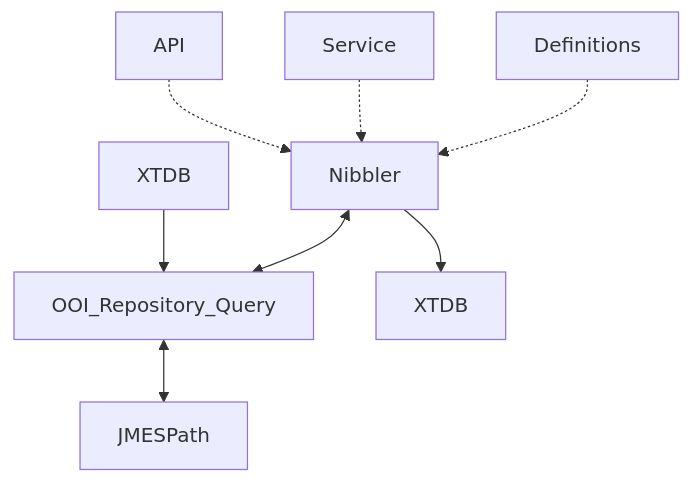
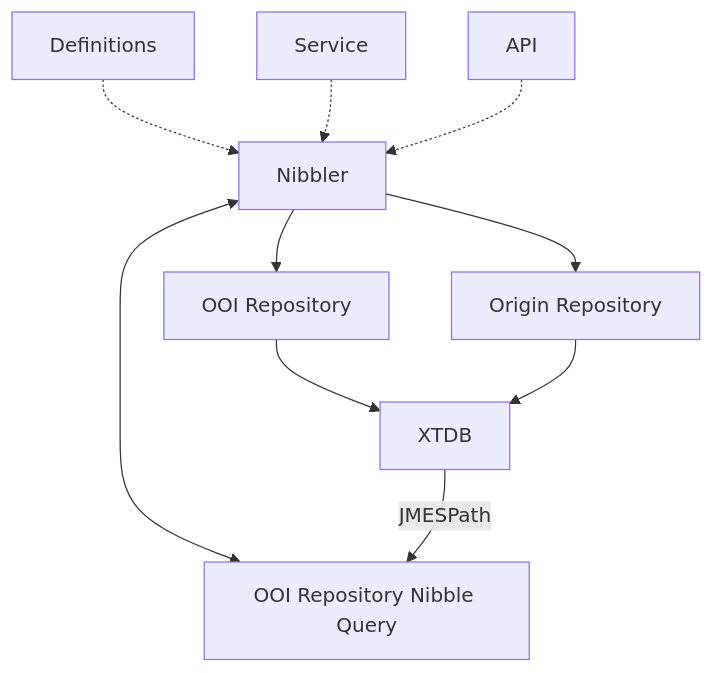
Before and after one commit to minvws/nl-kat-coordination: the third of 3 diagrams in docs/source/developer-documentation/nibbles.md, drawn with Mermaid.

Commit message:
Add architecture part to documentation v2

````diff
--- a/docs/source/developer-documentation/nibbles.md
+++ b/docs/source/developer-documentation/nibbles.md
@@ -162,10 +162,12 @@
 ```mermaid
 graph TD
     Definitions -.-> Nibbler
     Service -.-> Nibbler
     API -.-> Nibbler
-    Nibbler <--> OOI_Repository_Query
-    A[XTDB] --> OOI_Repository_Query
-    OOI_Repository_Query <--> JMESPath
-    Nibbler --> B[XTDB]
+    Nibbler <--> ORNQ[OOI Repository Nibble Query]
+    A[XTDB] -->|JMESPath| ORNQ[OOI Repository Nibble Query]
+    Nibbler --> OR[OOI Repository]
+    Nibbler --> ORR[Origin Repository]
+    OR[OOI Repository] --> A[XTDB]
+    ORR[Origin Repository] --> A[XTDB]
 ```
````
